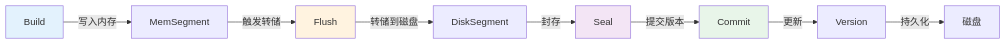
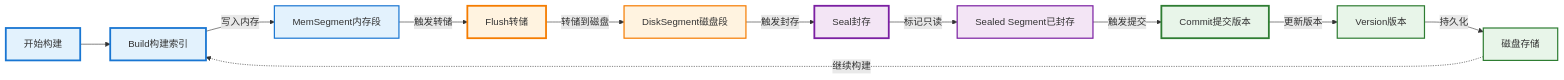
The second of 28 diagrams in _posts/2025-06-03-indexlib-3-build-flow.md (zhouzhilong-commits/zhouzhilong-commits.github.io), drawn with Mermaid before and after one commit. The commit also changed other lines of this file and 6 other files, not shown here.

````diff
--- a/_posts/2025-06-03-indexlib-3-build-flow.md
+++ b/_posts/2025-06-03-indexlib-3-build-flow.md
@@ -61,14 +131,33 @@
 ```mermaid
-graph LR
-    A[Build] -->|写入内存| B[MemSegment]
-    B -->|触发转储| C[Flush]
-    C -->|转储到磁盘| D[DiskSegment]
-    D -->|封存| E[Seal]
-    E -->|提交版本| F[Commit]
-    F -->|更新| G[Version]
-    G -->|持久化| H[磁盘]
-    style A fill:#e3f2fd
-    style C fill:#fff3e0
-    style E fill:#f3e5f5
-    style F fill:#e8f5e9
+flowchart LR
+    Start[开始构建] --> Build[Build构建索引]
+    
+    Build -->|写入内存| MemSegment[MemSegment内存段]
+    
+    MemSegment -->|触发转储| Flush[Flush转储]
+    
+    Flush -->|转储到磁盘| DiskSegment[DiskSegment磁盘段]
+    
+    DiskSegment -->|触发封存| Seal[Seal封存]
+    
+    Seal -->|标记只读| SealSegment[Sealed Segment已封存]
+    
+    SealSegment -->|触发提交| Commit[Commit提交版本]
+    
+    Commit -->|更新版本| Version[Version版本]
+    
+    Version -->|持久化| Disk[磁盘存储]
+    
+    Disk -.->|继续构建| Build
+    
+    style Start fill:#e3f2fd,stroke:#1976d2,stroke-width:3px
+    style Build fill:#e3f2fd,stroke:#1976d2,stroke-width:3px
+    style MemSegment fill:#e3f2fd,stroke:#1976d2,stroke-width:2px
+    style Flush fill:#fff3e0,stroke:#f57c00,stroke-width:3px
+    style DiskSegment fill:#fff3e0,stroke:#f57c00,stroke-width:2px
+    style Seal fill:#f3e5f5,stroke:#7b1fa2,stroke-width:3px
+    style SealSegment fill:#f3e5f5,stroke:#7b1fa2,stroke-width:2px
+    style Commit fill:#e8f5e9,stroke:#2e7d32,stroke-width:3px
+    style Version fill:#e8f5e9,stroke:#2e7d32,stroke-width:2px
+    style Disk fill:#e8f5e9,stroke:#2e7d32,stroke-width:2px
 ```
````
